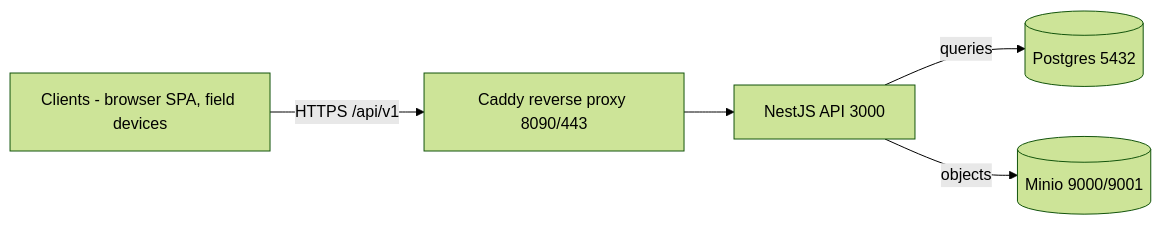
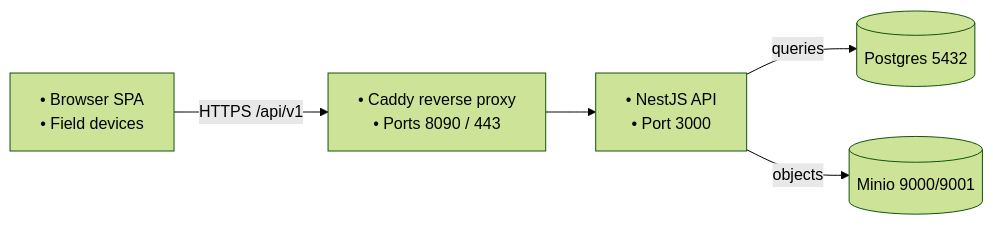
Before and after one commit to urlsalimbot/THESIS1-KAPWA: the second of 3 diagrams in docs/diagrams/08-system-architecture.md, drawn with Mermaid (forest theme). The commit also changed other lines of this file, not shown here.

Commit message:
docs: bullet the contents of architecture diagram boxes

````diff
--- a/docs/diagrams/08-system-architecture.md
+++ b/docs/diagrams/08-system-architecture.md
@@ -76,13 +76,13 @@
 ```mermaid
 flowchart LR
-    C["Clients - browser SPA, field devices"]
-    CD["Caddy reverse proxy 8090/443"]
-    API["NestJS API 3000"]
+    C["• Browser SPA<br/>• Field devices"]
+    CD["• Caddy reverse proxy<br/>• Ports 8090 / 443"]
+    API["• NestJS API<br/>• Port 3000"]
     PG[("Postgres 5432")]
     MO[("Minio 9000/9001")]
 
     C -->|"HTTPS /api/v1"| CD
     CD --> API
     API -->|"queries"| PG
     API -->|"objects"| MO
 ```
````
